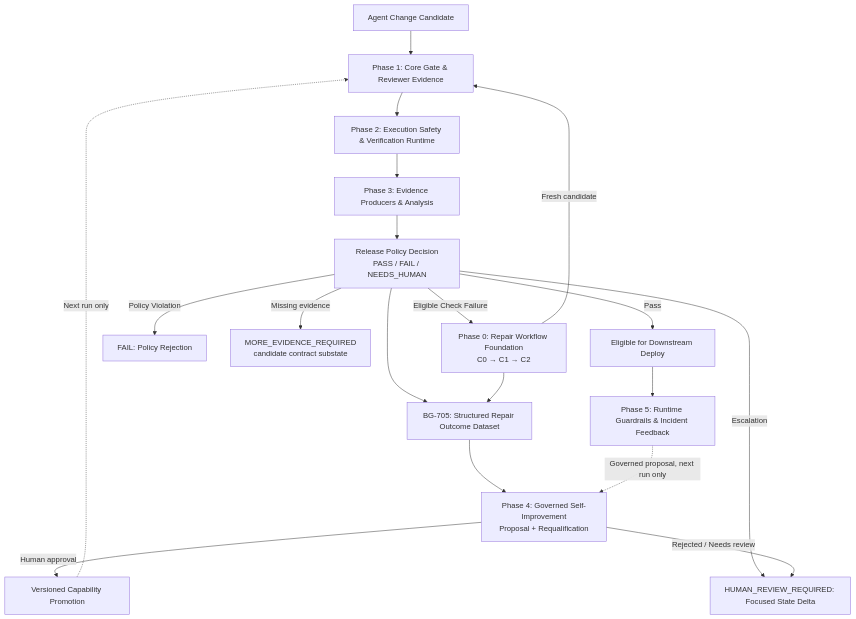
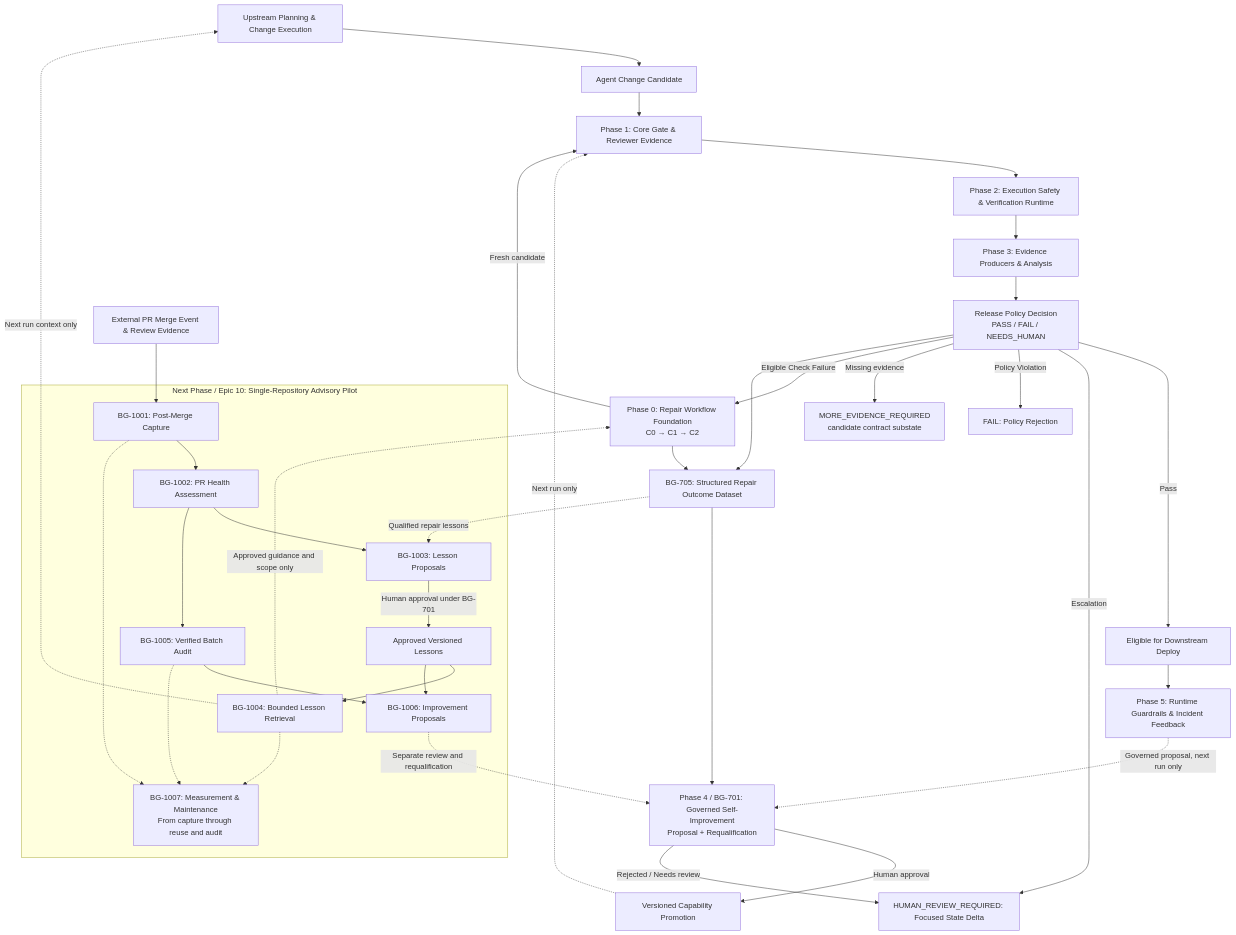
One commit to jerryshao2012/blindspot-remediation changed the diagram in release-gate/docs/backlog.md. Above: the diagram before and after it, drawn with Mermaid. The commit also changed other lines of this file, not shown here.

First line of the commit message:
feat(docs): add post-merge learning pilot epic to backlog

````diff
--- a/release-gate/docs/backlog.md
+++ b/release-gate/docs/backlog.md
@@ -68,21 +72,41 @@
 ```mermaid
 flowchart TD
-    A[Agent Change Candidate] --> B[Phase 1: Core Gate & Reviewer Evidence]
+    U[Upstream Planning & Change Execution] --> A[Agent Change Candidate]
+    A --> B[Phase 1: Core Gate & Reviewer Evidence]
     B --> C[Phase 2: Execution Safety & Verification Runtime]
     C --> D[Phase 3: Evidence Producers & Analysis]
     D --> E[Release Policy Decision<br/>PASS / FAIL / NEEDS_HUMAN]
     E -->|Pass| H[Eligible for Downstream Deploy]
     E -->|Escalation| I[HUMAN_REVIEW_REQUIRED: Focused State Delta]
     E -->|Policy Violation| J[FAIL: Policy Rejection]
     E -->|Missing evidence| N[MORE_EVIDENCE_REQUIRED<br/>candidate contract substate]
     E -->|Eligible Check Failure| R[Phase 0: Repair Workflow Foundation<br/>C0 → C1 → C2]
     R -->|Fresh candidate| B
     E --> K[BG-705: Structured Repair Outcome Dataset]
     R --> K
-    K --> L[Phase 4: Governed Self-Improvement<br/>Proposal + Requalification]
+    K --> L[Phase 4 / BG-701: Governed Self-Improvement<br/>Proposal + Requalification]
     L -->|Human approval| M[Versioned Capability Promotion]
     L -->|Rejected / Needs review| I
     M -.->|Next run only| B
     H --> O[Phase 5: Runtime Guardrails & Incident Feedback]
     O -.->|Governed proposal, next run only| L
+
+    P[External PR Merge Event & Review Evidence] --> Q
+    subgraph PILOT[Next Phase / Epic 10: Single-Repository Advisory Pilot]
+        Q[BG-1001: Post-Merge Capture] --> S[BG-1002: PR Health Assessment]
+        S --> T[BG-1003: Lesson Proposals]
+        T -->|Human approval under BG-701| V[Approved Versioned Lessons]
+        V --> W[BG-1004: Bounded Lesson Retrieval]
+        S --> X[BG-1005: Verified Batch Audit]
+        X --> Y[BG-1006: Improvement Proposals]
+        V --> Y
+        Z[BG-1007: Measurement & Maintenance<br/>From capture through reuse and audit]
+        Q -.-> Z
+        W -.-> Z
+        X -.-> Z
+    end
+    K -.->|Qualified repair lessons| T
+    W -.->|Next run context only| U
+    W -.->|Approved guidance and scope only| R
+    Y -.->|Separate review and requalification| L
 ```
````
